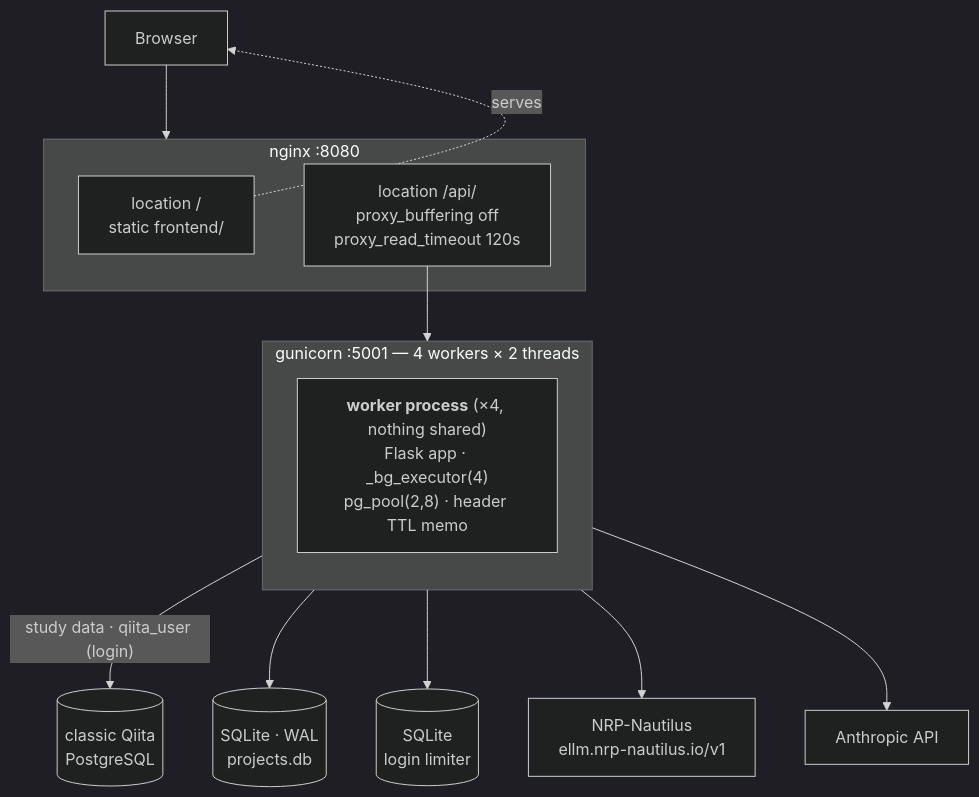
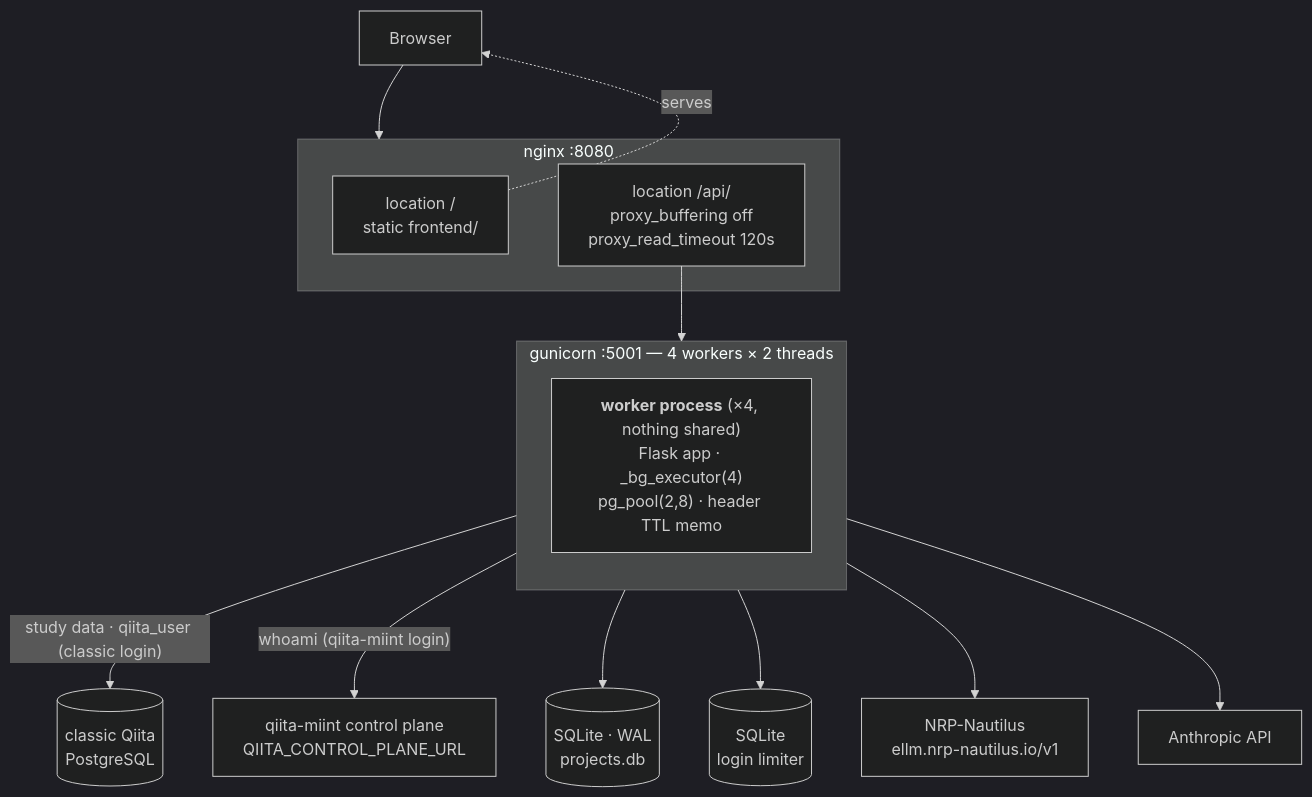
One commit to dhruvviveksharma/QiitaExplore changed the first of 2 diagrams in docs/01-architecture.md. Above: the diagram before and after it, drawn with Mermaid (dark theme). The commit also changed other lines of this file and 34 other files, not shown here.

````diff
--- a/docs/01-architecture.md
+++ b/docs/01-architecture.md
@@ -15,29 +15,31 @@
 ```mermaid
 flowchart TB
     B["Browser"]
 
     subgraph NG["nginx :8080"]
         S["location /<br/>static frontend/"]
         P["location /api/<br/>proxy_buffering off<br/>proxy_read_timeout 120s"]
     end
 
     subgraph GU["gunicorn :5001 — 4 workers × 2 threads"]
         direction TB
         W["<b>worker process</b> (×4, nothing shared)<br/>Flask app · _bg_executor(4)<br/>pg_pool(2,8) · header TTL memo"]
     end
 
     PGDB[("classic Qiita<br/>PostgreSQL")]
     SQ[("SQLite · WAL<br/>projects.db")]
     LIM[("SQLite<br/>login limiter")]
     NRP["NRP-Nautilus<br/>ellm.nrp-nautilus.io/v1"]
     ANT["Anthropic API"]
+    CP["qiita-miint control plane<br/>QIITA_CONTROL_PLANE_URL"]
 
     B --> NG
     S -.serves.-> B
     P --> GU
-    W -->|"study data · qiita_user (login)"| PGDB
+    W -->|"study data · qiita_user (classic login)"| PGDB
+    W -->|"whoami (qiita-miint login)"| CP
     W --> SQ
     W --> LIM
     W --> NRP
     W --> ANT
 ```
````
